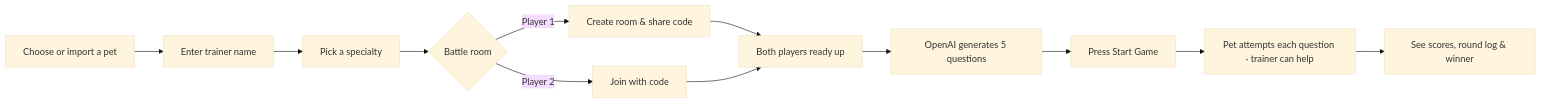
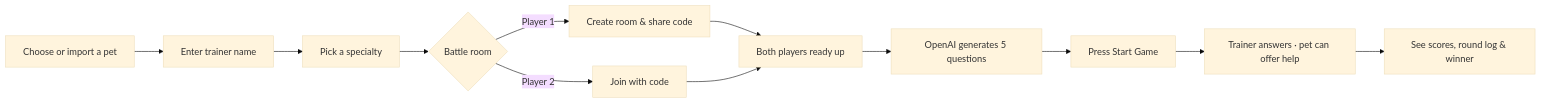
Before and after one commit to ankushop2/Codexeum: the first of 2 diagrams in README.md, drawn with Mermaid (base theme). The commit also changed other lines of this file and 3 other files, not shown here.

Commit message:
Reward independent answers and make pets offer help

````diff
--- a/README.md
+++ b/README.md
@@ -29,14 +29,14 @@
 ```mermaid
 flowchart LR
     A[Choose or import a pet] --> B[Enter trainer name]
     B --> C[Pick a specialty]
     C --> D{Battle room}
     D -->|Player 1| E[Create room & share code]
     D -->|Player 2| F[Join with code]
     E --> R[Both players ready up]
     F --> R
     R --> G[OpenAI generates 5 questions]
     G --> S[Press Start Game]
-    S --> H[Pet attempts each question · trainer can help]
+    S --> H[Trainer answers · pet can offer help]
     H --> I[See scores, round log & winner]
 ```
````
